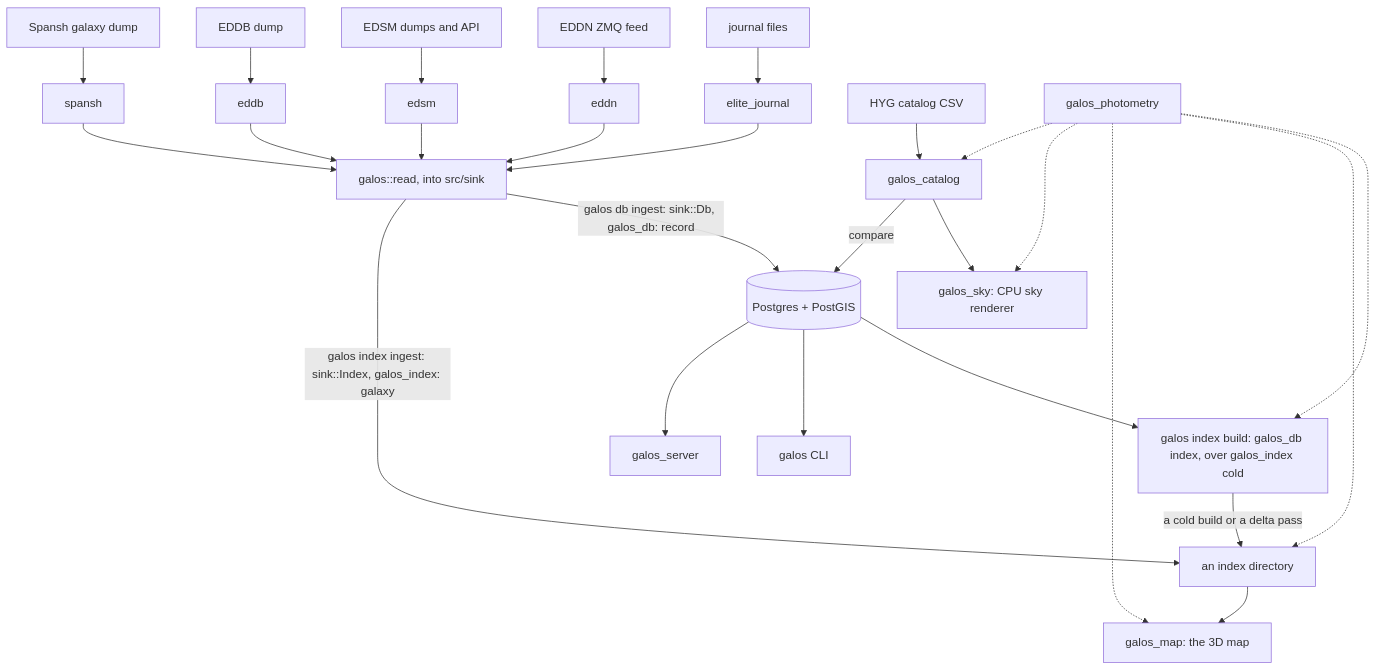
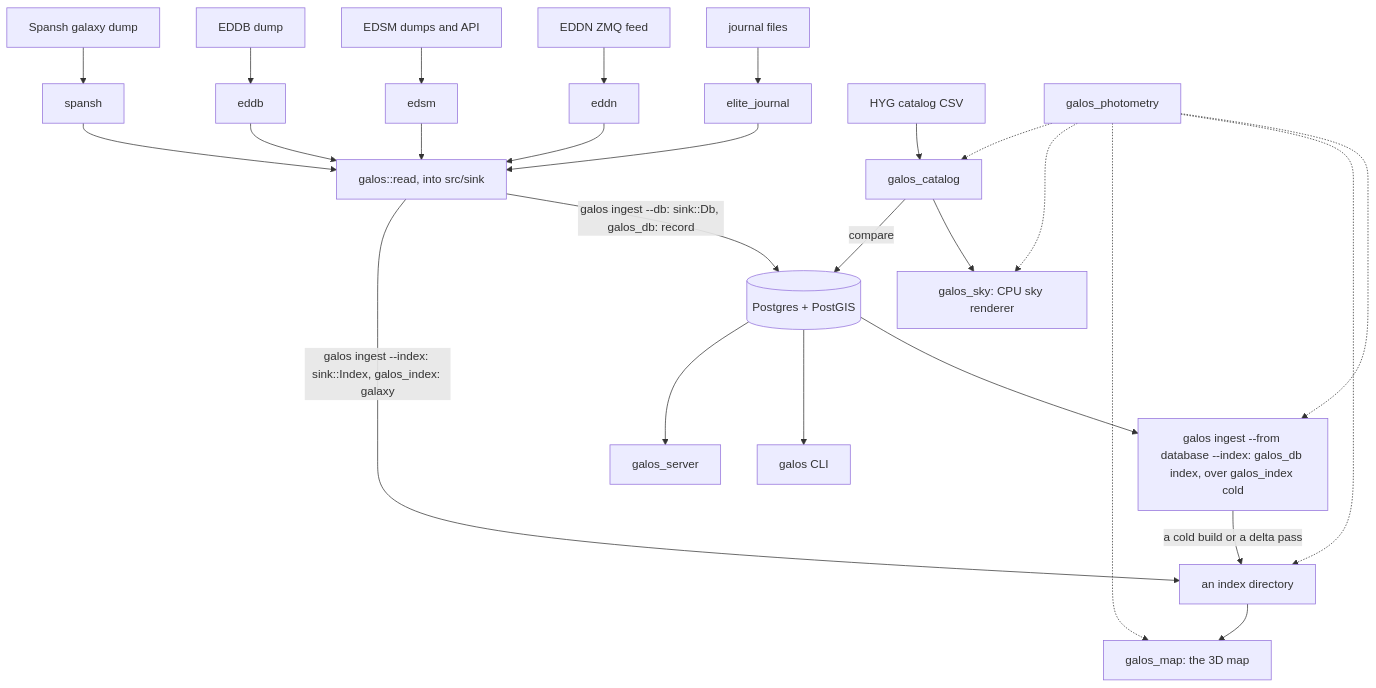
Before and after one commit to nixpulvis/galos: the diagram in doc/ARCHITECTURE.md, drawn with Mermaid. The commit also changed other lines of this file and 29 other files, not shown here.

````diff
--- a/doc/ARCHITECTURE.md
+++ b/doc/ARCHITECTURE.md
@@ -27,33 +27,33 @@
 ```mermaid
 flowchart TD
     J[journal files] --> ES[elite_journal]
     N[EDDN ZMQ feed] --> ED[eddn]
     S[EDSM dumps and API] --> ES2[edsm]
     B[EDDB dump] --> ED2[eddb]
     SP[Spansh galaxy dump] --> SPC[spansh]
 
     ES --> READ["galos::read, into src/sink"]
     ED --> READ
     ES2 --> READ
     ED2 --> READ
     SPC --> READ
 
-    READ -->|"galos db ingest: sink::Db, galos_db: record"| PG[(Postgres + PostGIS)]
-    READ -->|"galos index ingest: sink::Index, galos_index: galaxy"| IDX["an index directory"]
-    PG --> BAKE["galos index build: galos_db index, over galos_index cold"]
+    READ -->|"galos ingest --db: sink::Db, galos_db: record"| PG[(Postgres + PostGIS)]
+    READ -->|"galos ingest --index: sink::Index, galos_index: galaxy"| IDX["an index directory"]
+    PG --> BAKE["galos ingest --from database --index: galos_db index, over galos_index cold"]
     BAKE -->|"a cold build or a delta pass"| IDX
 
     IDX --> MAP["galos_map: the 3D map"]
     PG --> CLI[galos CLI]
     PG --> SRV[galos_server]
 
     HYG[HYG catalog CSV] --> CAT[galos_catalog]
     CAT --> SKY["galos_sky: CPU sky renderer"]
     CAT -->|compare| PG
 
     PHOT[galos_photometry] -.-> BAKE
     PHOT -.-> IDX
     PHOT -.-> MAP
     PHOT -.-> SKY
     PHOT -.-> CAT
 ```
````
